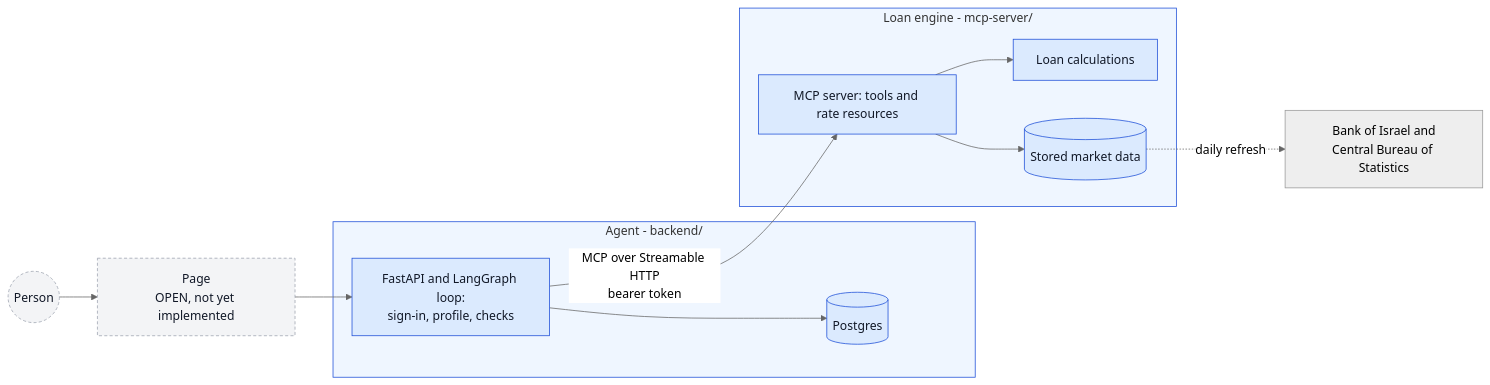
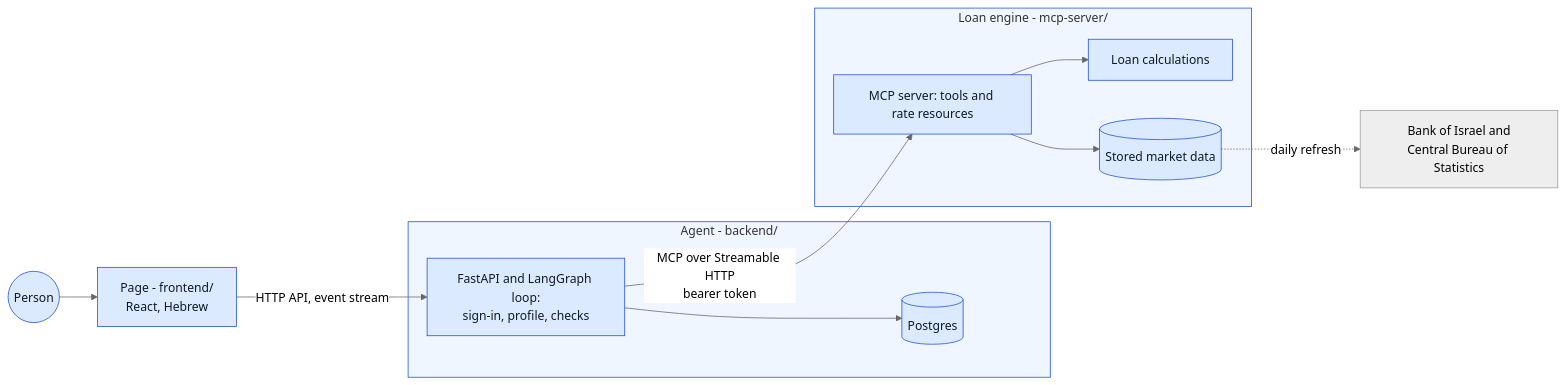
The diagram in README.md (erancha/loan-simulator), drawn with Mermaid (neutral theme) before and after one commit. The commit also changed other lines of this file and 136 other files, not shown here.

````diff
--- a/README.md
+++ b/README.md
@@ -19,20 +19,18 @@
 ```mermaid
 flowchart LR
-  U((Person)) --> P["Page<br/>OPEN, not yet implemented"]
-  P --> A
+  U((Person)) --> P["Page - frontend/<br/>React, Hebrew"]
+  P -->|"HTTP API, event stream"| A
   subgraph AGENT[Agent - backend/]
     A["FastAPI and LangGraph loop:<br/>sign-in, profile, checks"] --> DB[(Postgres)]
   end
   A -->|MCP over Streamable HTTP<br/>bearer token| E
   subgraph ENGINE[Loan engine - mcp-server/]
     E["MCP server: tools and rate resources"] --> D[Loan calculations]
     E --> M[(Stored market data)]
   end
   M -.->|daily refresh| S["Bank of Israel and<br/>Central Bureau of Statistics"]
-  classDef open fill:#f3f4f6,stroke:#9ca3af,color:#111827,stroke-dasharray: 4 3
   classDef done fill:#dbeafe,stroke:#1d4ed8,color:#111827
-  class P,U open
-  class A,DB,E,D,M done
+  class P,U,A,DB,E,D,M done
   style AGENT fill:#eff6ff,stroke:#1d4ed8
   style ENGINE fill:#eff6ff,stroke:#1d4ed8
 ```
````
